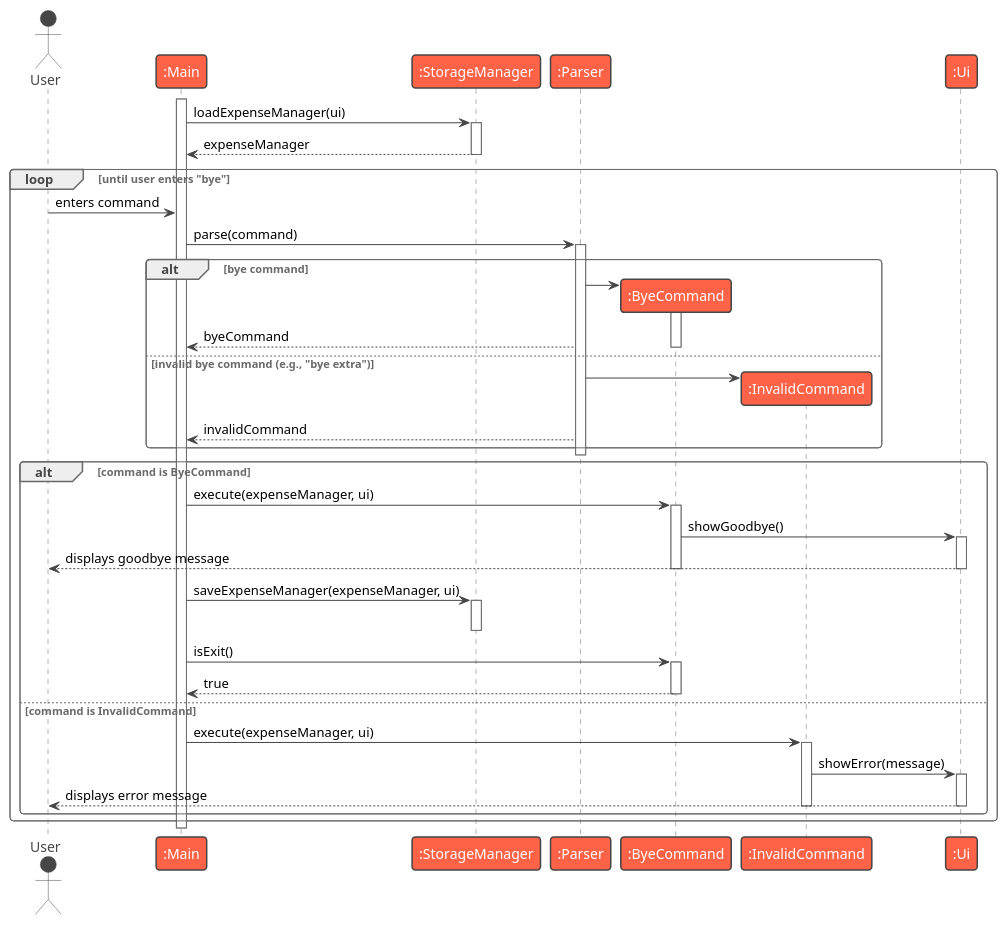
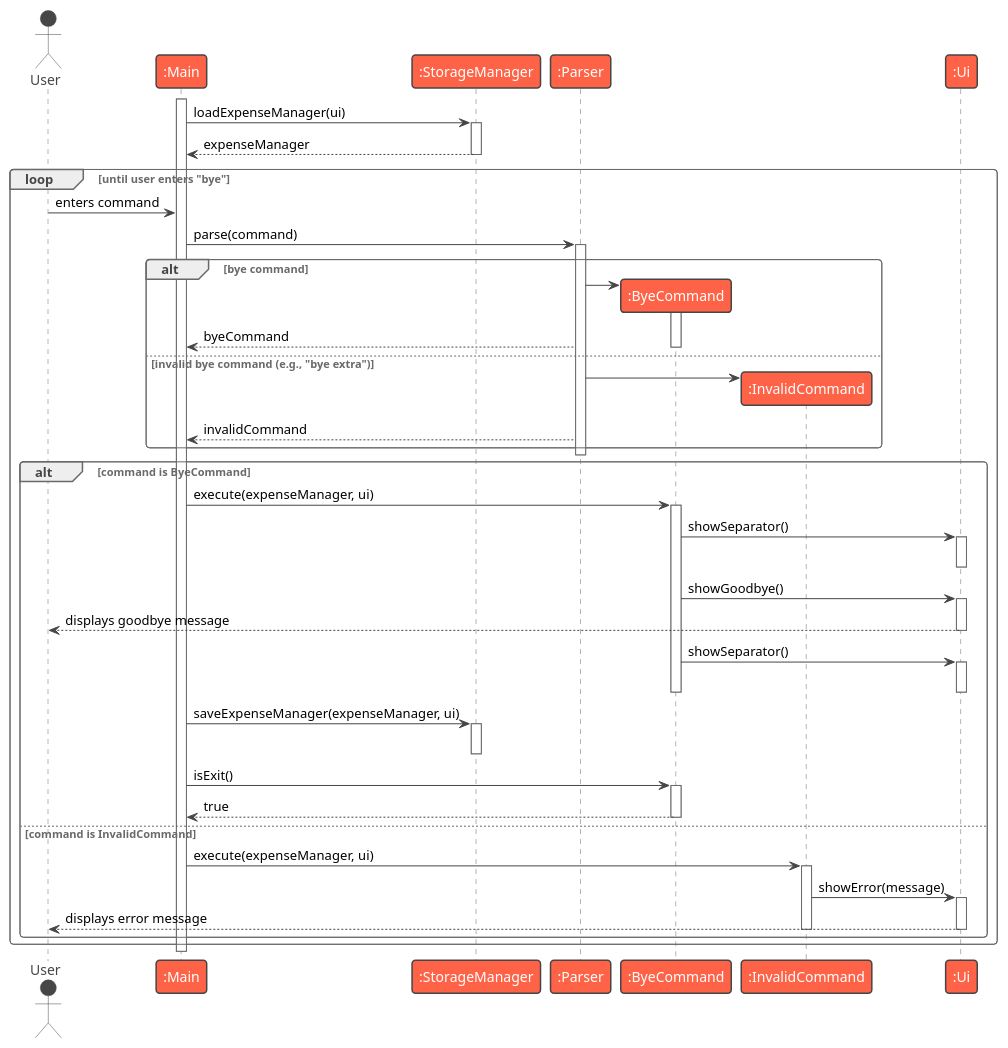
Before and after one commit to aydrienlaw/tp: the diagram in docs/diagrams/bye-sequence.puml, drawn with PlantUML. The commit also changed 1 other file, not shown here.

Commit message:
feat: update sequence diagrams for AddCommand and ByeCommand to include separator display

```diff
--- a/docs/diagrams/bye-sequence.puml
+++ b/docs/diagrams/bye-sequence.puml
@@ -1,75 +1,81 @@
 @startuml
 !theme vibrant
 actor User
 participant ":Main" as Main
 participant ":StorageManager" as StorageManager
 participant ":Parser" as Parser
 participant ":ByeCommand" as ByeCommand
 participant ":InvalidCommand" as InvalidCommand
 participant ":Ui" as Ui
 
 activate Main
 Main -> StorageManager : loadExpenseManager(ui)
 activate StorageManager
 StorageManager --> Main : expenseManager
 deactivate StorageManager
 
 loop until user enters "bye"
 
     User -> Main : enters command
 
     Main -> Parser : parse(command)
     activate Parser
 
     alt bye command
 
         create ByeCommand
         Parser -> ByeCommand
         activate ByeCommand
         Parser --> Main : byeCommand
         deactivate ByeCommand
 
     else invalid bye command (e.g., "bye extra")
 
         create InvalidCommand
         Parser -> InvalidCommand
         Parser --> Main : invalidCommand
 
     end
 
     deactivate Parser
 
     alt command is ByeCommand
         Main -> ByeCommand : execute(expenseManager, ui)
         activate ByeCommand
 
+        ByeCommand -> Ui : showSeparator()
+        activate Ui
+        deactivate Ui
         ByeCommand -> Ui : showGoodbye()
         activate Ui
         Ui --> User : displays goodbye message
+        deactivate Ui
+        ByeCommand -> Ui : showSeparator()
+        activate Ui
         deactivate Ui
 
         deactivate ByeCommand
 
         Main -> StorageManager : saveExpenseManager(expenseManager, ui)
         activate StorageManager
         deactivate StorageManager
 
         Main -> ByeCommand : isExit()
         activate ByeCommand
         ByeCommand --> Main : true
         deactivate ByeCommand
 
     else command is InvalidCommand
         Main -> InvalidCommand : execute(expenseManager, ui)
         activate InvalidCommand
         InvalidCommand -> Ui : showError(message)
         activate Ui
         Ui --> User : displays error message
         deactivate Ui
         deactivate InvalidCommand
     end
 
 end
 
 deactivate Main
 @enduml
```
